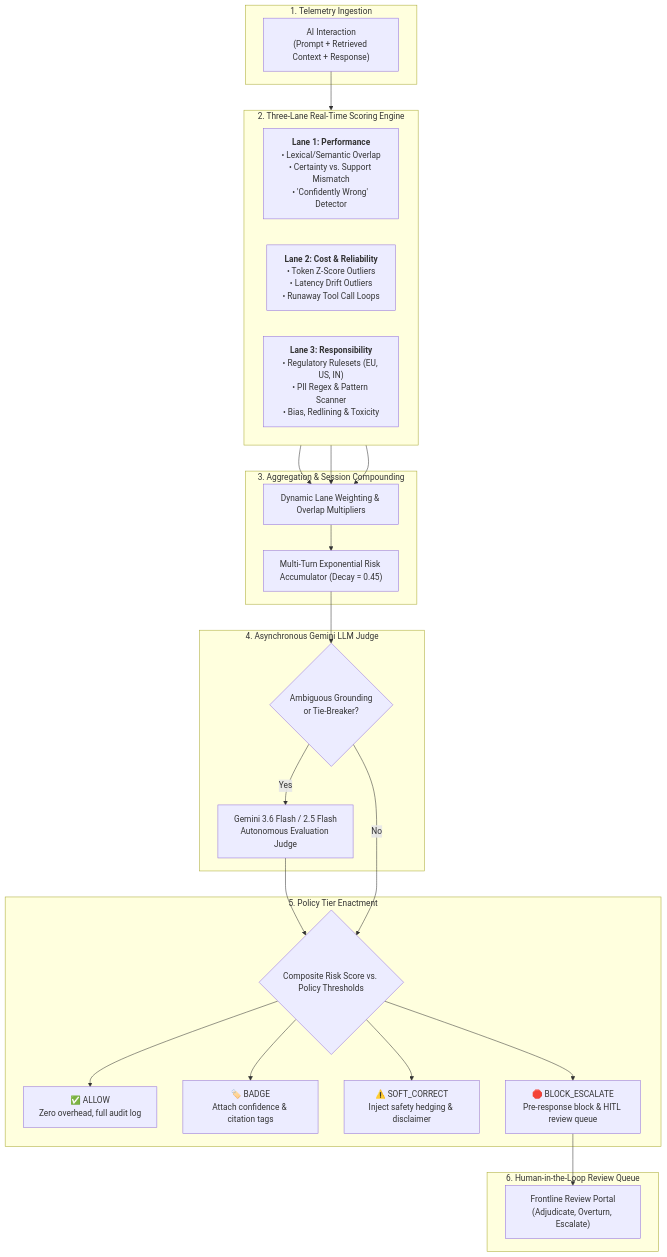
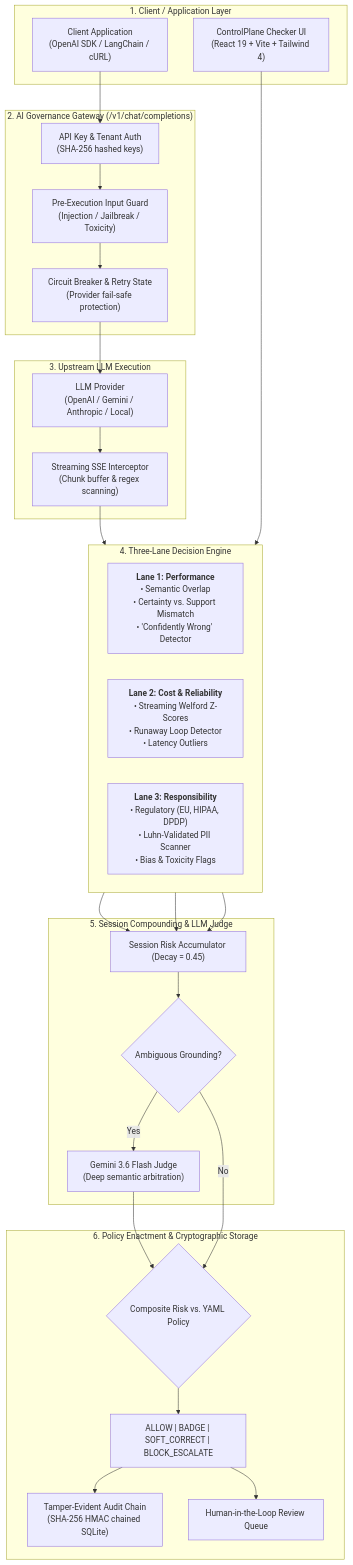
The diagram in README.md (lucifer-135/ControlPlane-Checker-Enterprise-AI-Trust-Governance), drawn with Mermaid before and after one commit. The commit also changed other lines of this file and 68 other files, not shown here.

Commit message:
feat: complete Enterprise AI Control Plane with AI gateway, audit chaining, GitOps YAML policies, and UI stability fixes

````diff
--- a/README.md
+++ b/README.md
@@ -139,50 +200,58 @@
 ```mermaid
 flowchart TD
-    subgraph Ingestion["1. Telemetry Ingestion"]
-        Req["AI Interaction\n(Prompt + Retrieved Context + Response)"]
+    subgraph ClientLayer["1. Client / Application Layer"]
+        ClientApp["Client Application\n(OpenAI SDK / LangChain / cURL)"]
+        BrowserUI["ControlPlane Checker UI\n(React 19 + Vite + Tailwind 4)"]
     end
 
-    subgraph ScoringEngine["2. Three-Lane Real-Time Scoring Engine"]
-        direction LR
-        L1["<b>Lane 1: Performance</b><br/>• Lexical/Semantic Overlap<br/>• Certainty vs. Support Mismatch<br/>• 'Confidently Wrong' Detector"]
-        L2["<b>Lane 2: Cost & Reliability</b><br/>• Token Z-Score Outliers<br/>• Latency Drift Outliers<br/>• Runaway Tool Call Loops"]
-        L3["<b>Lane 3: Responsibility</b><br/>• Regulatory Rulesets (EU, US, IN)<br/>• PII Regex & Pattern Scanner<br/>• Bias, Redlining & Toxicity"]
+    subgraph GatewayLayer["2. AI Governance Gateway (/v1/chat/completions)"]
+        AuthCheck["API Key & Tenant Auth\n(SHA-256 hashed keys)"]
+        InputGuard["Pre-Execution Input Guard\n(Injection / Jailbreak / Toxicity)"]
+        CircuitBreaker["Circuit Breaker & Retry State\n(Provider fail-safe protection)"]
     end
 
-    subgraph CompositeCompounding["3. Aggregation & Session Compounding"]
-        Weights["Dynamic Lane Weighting & Overlap Multipliers"]
-        Accumulator["Multi-Turn Exponential Risk Accumulator (Decay = 0.45)"]
+    subgraph UpstreamLLM["3. Upstream LLM Execution"]
+        LLMProvider["LLM Provider\n(OpenAI / Gemini / Anthropic / Local)"]
+        StreamEngine["Streaming SSE Interceptor\n(Chunk buffer & regex scanning)"]
     end
 
-    subgraph LLMJudge["4. Asynchronous Gemini LLM Judge"]
-        JudgeTrigger{"Ambiguous Grounding<br/>or Tie-Breaker?"}
-        GeminiFlash["Gemini 3.6 Flash / 2.5 Flash<br/>Autonomous Evaluation Judge"]
+    subgraph GovernanceEngine["4. Three-Lane Decision Engine"]
+        direction LR
+        L1["<b>Lane 1: Performance</b><br/>• Semantic Overlap<br/>• Certainty vs. Support Mismatch<br/>• 'Confidently Wrong' Detector"]
+        L2["<b>Lane 2: Cost & Reliability</b><br/>• Streaming Welford Z-Scores<br/>• Runaway Loop Detector<br/>• Latency Outliers"]
+        L3["<b>Lane 3: Responsibility</b><br/>• Regulatory (EU, HIPAA, DPDP)<br/>• Luhn-Validated PII Scanner<br/>• Bias & Toxicity Flags"]
     end
 
-    subgraph PolicyTiers["5. Policy Tier Enactment"]
-        Tier{"Composite Risk Score vs. Policy Thresholds"}
-        T1["✅ ALLOW<br/>Zero overhead, full audit log"]
-        T2["🏷️ BADGE<br/>Attach confidence & citation tags"]
-        T3["⚠️ SOFT_CORRECT<br/>Inject safety hedging & disclaimer"]
-        T4["🛑 BLOCK_ESCALATE<br/>Pre-response block & HITL review queue"]
+    subgraph Arbiter["5. Session Compounding & LLM Judge"]
+        Accumulator["Session Risk Accumulator (Decay = 0.45)"]
+        JudgeTrigger{"Ambiguous Grounding?"}
+        GeminiFlash["Gemini 3.6 Flash Judge\n(Deep semantic arbitration)"]
     end
 
-    subgraph HITL["6. Human-in-the-Loop Review Queue"]
-        ReviewQueue["Frontline Review Portal<br/>(Adjudicate, Overturn, Escalate)"]
+    subgraph EnactmentStorage["6. Policy Enactment & Cryptographic Storage"]
+        PolicyRouter{"Composite Risk vs. YAML Policy"}
+        Tiers["ALLOW | BADGE | SOFT_CORRECT | BLOCK_ESCALATE"]
+        AuditChain["Tamper-Evident Audit Chain\n(SHA-256 HMAC chained SQLite)"]
+        ReviewQueue["Human-in-the-Loop Review Queue"]
     end
 
-    Req --> ScoringEngine
-    L1 --> Weights
-    L2 --> Weights
-    L3 --> Weights
-    Weights --> Accumulator
+    ClientApp --> AuthCheck
+    AuthCheck --> InputGuard
+    InputGuard --> CircuitBreaker
+    CircuitBreaker --> LLMProvider
+    LLMProvider --> StreamEngine
+    StreamEngine --> GovernanceEngine
+
+    BrowserUI --> GovernanceEngine
+    L1 --> Accumulator
+    L2 --> Accumulator
+    L3 --> Accumulator
     Accumulator --> JudgeTrigger
     JudgeTrigger -- Yes --> GeminiFlash
-    GeminiFlash --> Tier
-    JudgeTrigger -- No --> Tier
-    Tier --> T1
-    Tier --> T2
-    Tier --> T3
-    Tier --> T4
-    T4 --> ReviewQueue
+    GeminiFlash --> PolicyRouter
+    JudgeTrigger -- No --> PolicyRouter
+
+    PolicyRouter --> Tiers
+    Tiers --> AuditChain
+    Tiers --> ReviewQueue
 ```
````
